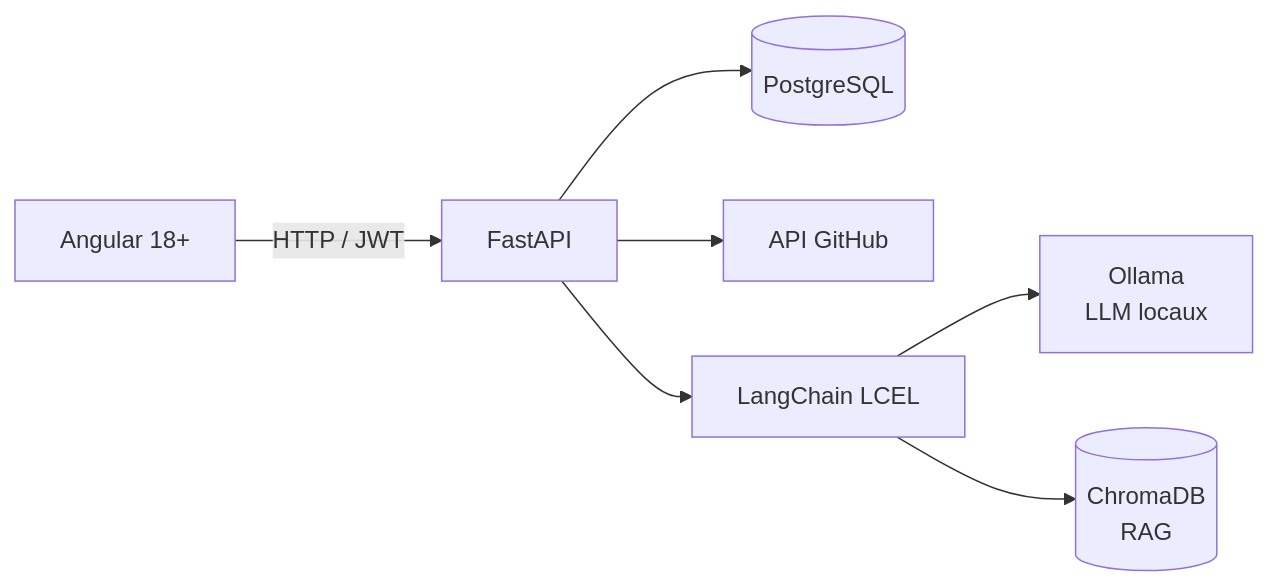
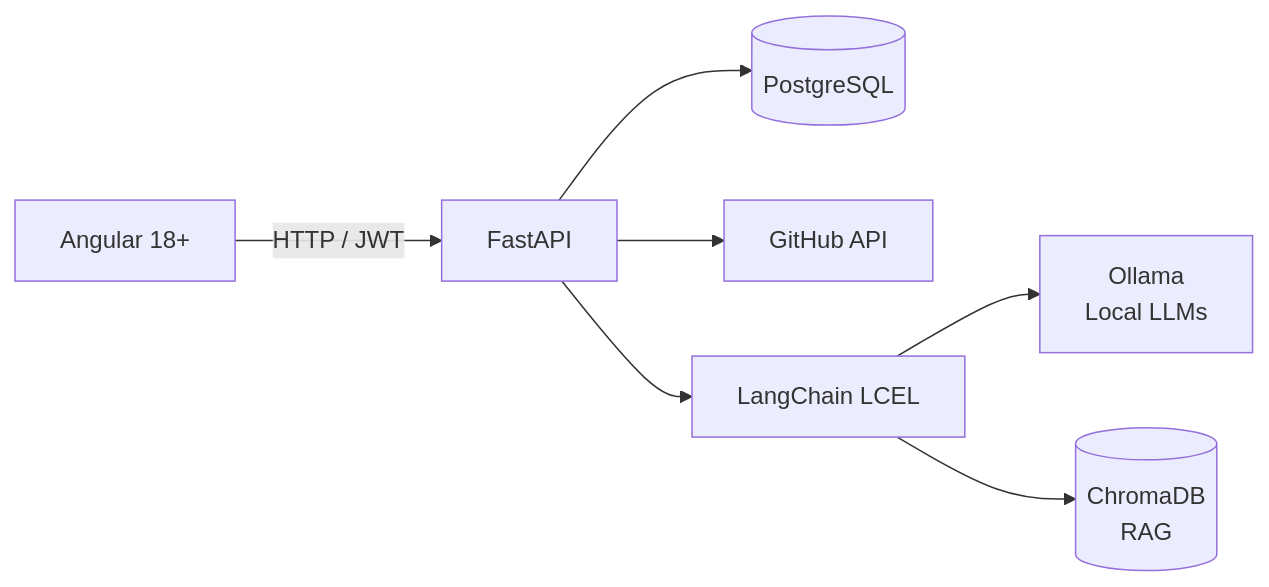
Before and after one commit to HamzagithubNouri/ProjectInsight-AI: the diagram in README.md, drawn with Mermaid. The commit also changed other lines of this file, not shown here.

````diff
--- a/README.md
+++ b/README.md
@@ -20,9 +21,9 @@
 ```mermaid
 flowchart LR
     A[Angular 18+] -->|HTTP / JWT| B[FastAPI]
     B --> C[(PostgreSQL)]
-    B --> D[API GitHub]
+    B --> D[GitHub API]
     B --> E[LangChain LCEL]
-    E --> F[Ollama<br/>LLM locaux]
+    E --> F[Ollama<br/>Local LLMs]
     E --> G[(ChromaDB<br/>RAG)]
 ```
````
